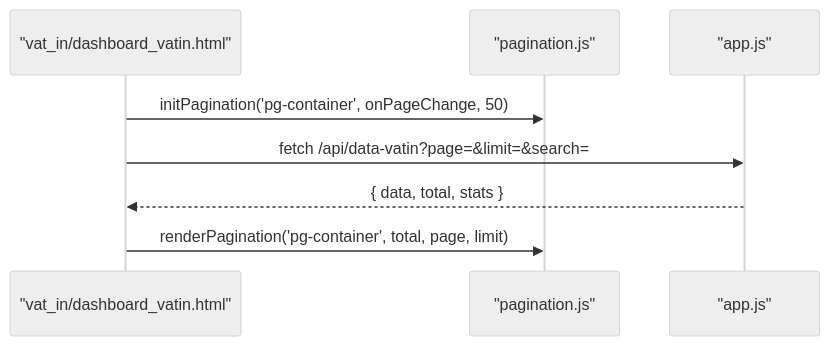
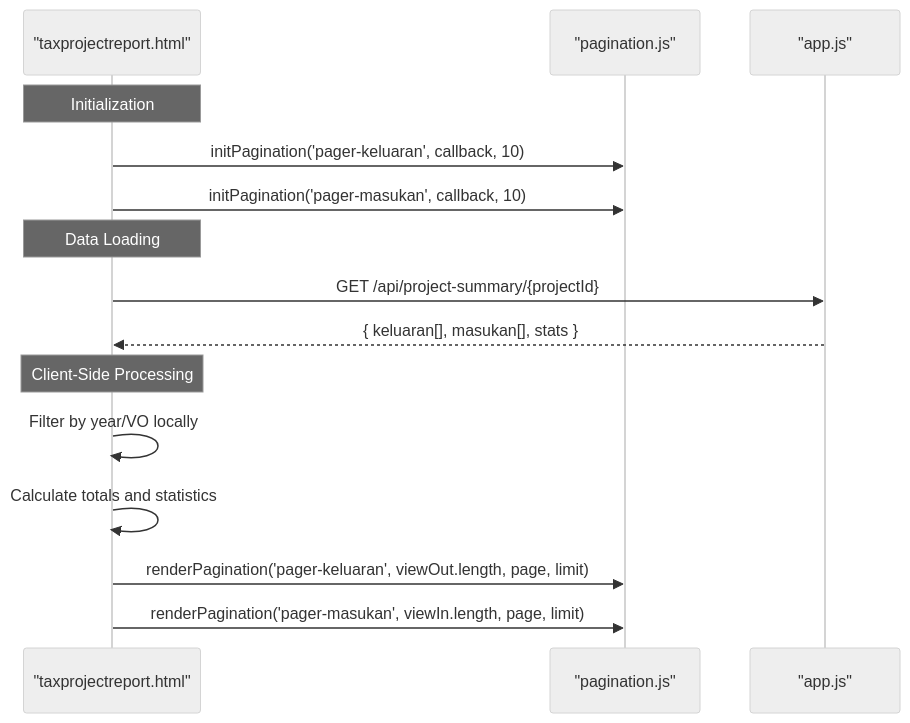
One commit to rendisiagian/TDS_by_RENDISIAGIAN changed the fourth of 6 diagrams in .qoder/repowiki/en/content/Advanced Features/Data Pagination & Performance Optimization.md. Above: the diagram before and after it, drawn with Mermaid (neutral theme). The commit also changed other lines of this file and 8 other files, not shown here.

````diff
--- a/.qoder/repowiki/en/content/Advanced Features/Data Pagination & Performance Optimization.md
+++ b/.qoder/repowiki/en/content/Advanced Features/Data Pagination & Performance Optimization.md
@@ -225,10 +203,17 @@
 ```mermaid
 sequenceDiagram
-participant Page as "vat_in/dashboard_vatin.html"
+participant Page as "taxprojectreport.html"
 participant PG as "pagination.js"
 participant API as "app.js"
-Page->>PG : initPagination('pg-container', onPageChange, 50)
-Page->>API : fetch /api/data-vatin?page=&limit=&search=
-API-->>Page : { data, total, stats }
-Page->>PG : renderPagination('pg-container', total, page, limit)
+Note over Page : Initialization
+Page->>PG : initPagination('pager-keluaran', callback, 10)
+Page->>PG : initPagination('pager-masukan', callback, 10)
+Note over Page : Data Loading
+Page->>API : GET /api/project-summary/{projectId}
+API-->>Page : { keluaran[], masukan[], stats }
+Note over Page : Client-Side Processing
+Page->>Page : Filter by year/VO locally
+Page->>Page : Calculate totals and statistics
+Page->>PG : renderPagination('pager-keluaran', viewOut.length, page, limit)
+Page->>PG : renderPagination('pager-masukan', viewIn.length, page, limit)
 ```
````
